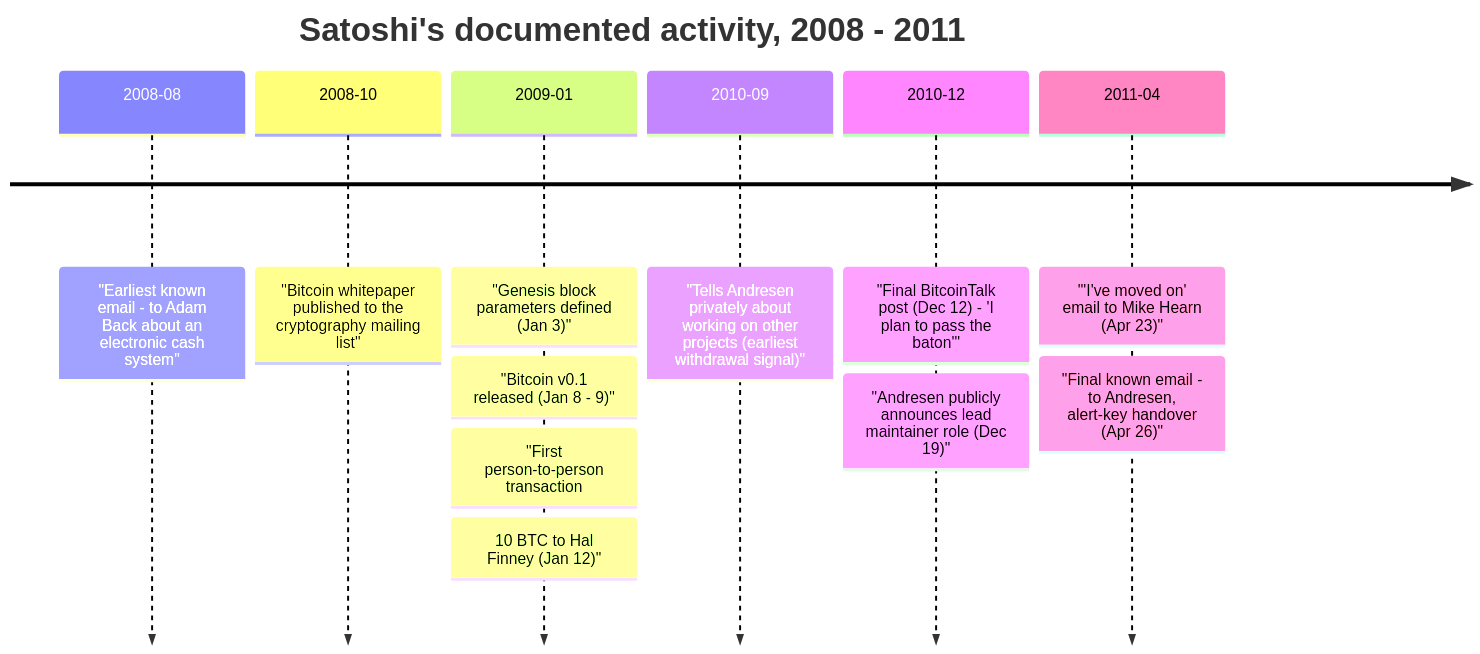
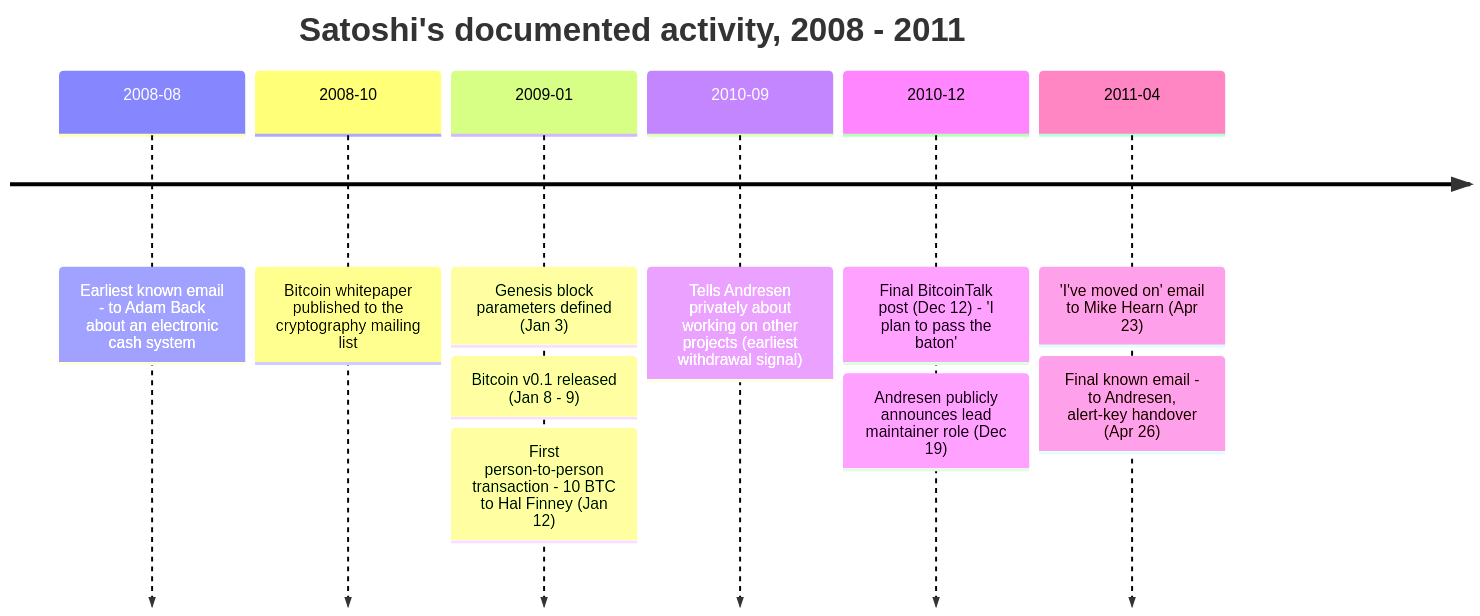
Before and after one commit to cypher256/BitcoinArchive: the diagram in src/data/entries/en/aftermath/2008-10-31-satoshi-nakamoto-biography.md, drawn with Mermaid. The commit also changed 12 other files, not shown here.

First line of the commit message:
Mermaid timelines: drop literal double-quotes around event text

````diff
--- a/src/data/entries/en/aftermath/2008-10-31-satoshi-nakamoto-biography.md
+++ b/src/data/entries/en/aftermath/2008-10-31-satoshi-nakamoto-biography.md
@@ -59,14 +59,14 @@
 ```mermaid
 timeline
     title Satoshi's documented activity, 2008 - 2011
-    2008-08 : "Earliest known email - to Adam Back about an electronic cash system"
-    2008-10 : "Bitcoin whitepaper published to the cryptography mailing list"
-    2009-01 : "Genesis block parameters defined (Jan 3)"
-            : "Bitcoin v0.1 released (Jan 8 - 9)"
-            : "First person-to-person transaction: 10 BTC to Hal Finney (Jan 12)"
-    2010-09 : "Tells Andresen privately about working on other projects (earliest withdrawal signal)"
-    2010-12 : "Final BitcoinTalk post (Dec 12) - 'I plan to pass the baton'"
-            : "Andresen publicly announces lead maintainer role (Dec 19)"
-    2011-04 : "'I've moved on' email to Mike Hearn (Apr 23)"
-            : "Final known email - to Andresen, alert-key handover (Apr 26)"
+    2008-08 : Earliest known email - to Adam Back about an electronic cash system
+    2008-10 : Bitcoin whitepaper published to the cryptography mailing list
+    2009-01 : Genesis block parameters defined (Jan 3)
+            : Bitcoin v0.1 released (Jan 8 - 9)
+            : First person-to-person transaction - 10 BTC to Hal Finney (Jan 12)
+    2010-09 : Tells Andresen privately about working on other projects (earliest withdrawal signal)
+    2010-12 : Final BitcoinTalk post (Dec 12) - 'I plan to pass the baton'
+            : Andresen publicly announces lead maintainer role (Dec 19)
+    2011-04 : 'I've moved on' email to Mike Hearn (Apr 23)
+            : Final known email - to Andresen, alert-key handover (Apr 26)
 ```
````
